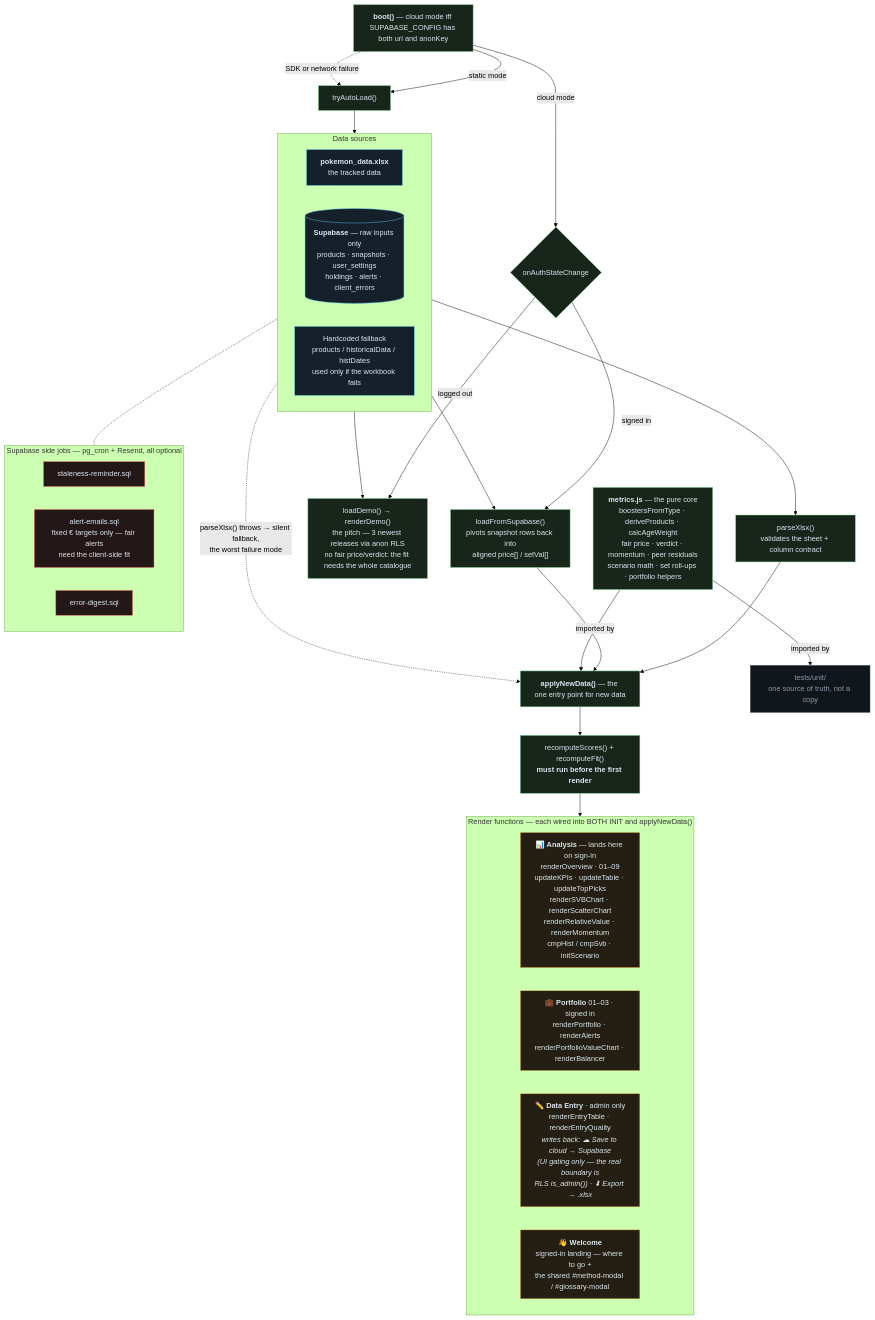
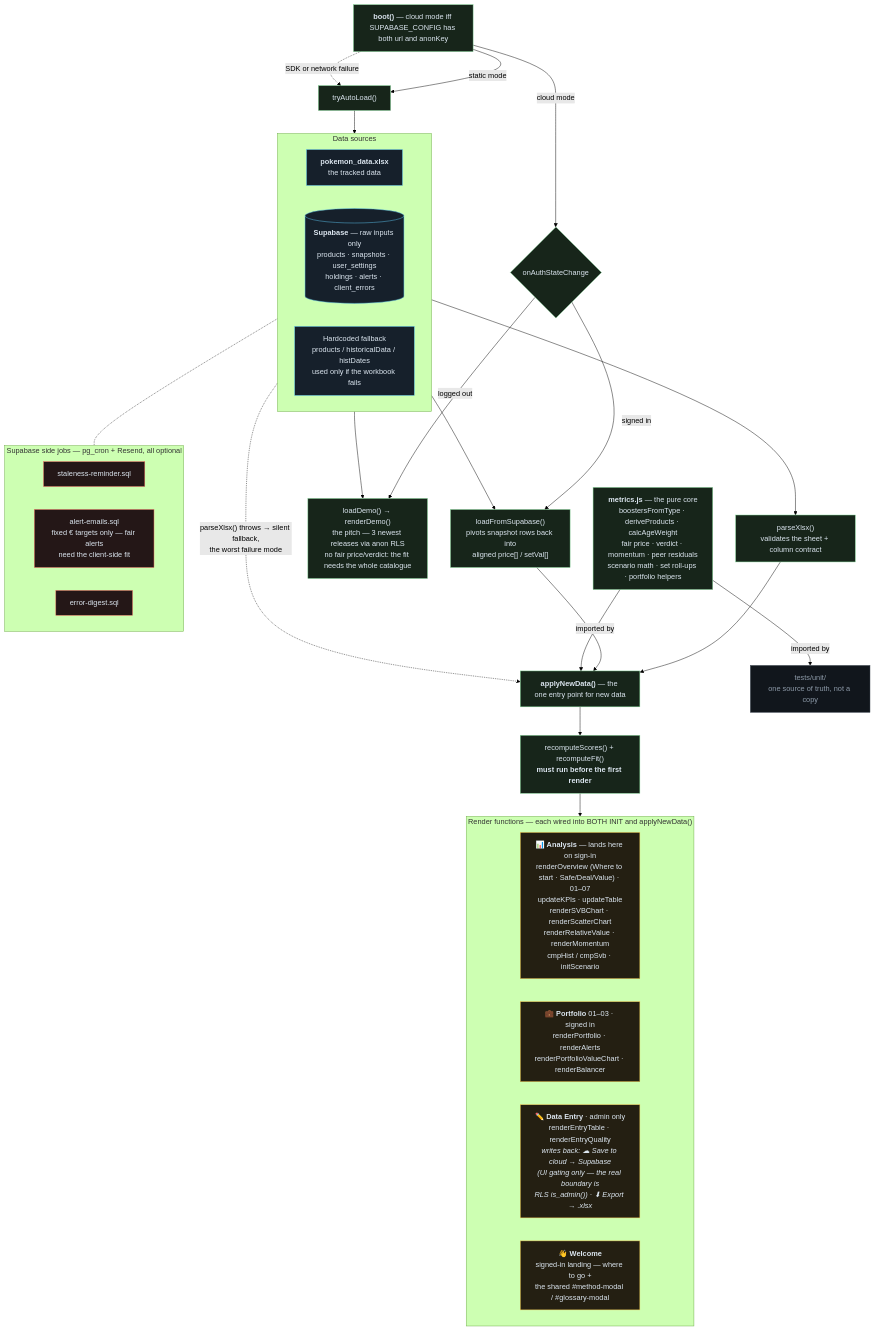
Before and after one commit to tobenhair/poke-analytics: the diagram in docs/architecture.mmd, drawn with Mermaid (forest theme). The commit also changed 5 other files, not shown here.

First line of the commit message:
Retire §01 "Top Picks" — the Where-to-start block is the single answer

```diff
--- a/docs/architecture.mmd
+++ b/docs/architecture.mmd
@@ -1,68 +1,68 @@
 flowchart TB
 %% Sealed TCG Analytics — architecture overview.
 %% This .mmd is the editable truth; docs/architecture.svg is rendered from it:
 %%   npx -y @mermaid-js/mermaid-cli -i docs/architecture.mmd -o docs/architecture.svg -b transparent
 %% Three gotchas if you edit:
 %%   1. the `flowchart` declaration must be the FIRST line — a leading comment
 %%      block fails to parse;
 %%   2. a bare `%%` line renders as a stray node, so always put text after it;
 %%   3. every edge points the way DATA flows. Adding a write-back edge (e.g.
 %%      Data Entry → the database) creates a cycle and dagre resolves it by
 %%      hoisting the render block above the load path, which makes the whole
 %%      diagram read backwards. Write paths are stated as node text instead.
 %% Keep in sync when the load path or module structure changes (see CLAUDE.md).
 
   classDef src fill:#16202b,stroke:#5cc7f2,color:#dce6f0
   classDef core fill:#17251a,stroke:#7fd493,color:#dce6f0
   classDef view fill:#241f12,stroke:#f4c651,color:#dce6f0
   classDef job fill:#241717,stroke:#ef6a60,color:#dce6f0
   classDef note fill:#11161c,stroke:#39434f,color:#8d9aa8
 
   boot["<b>boot()</b> — cloud mode iff SUPABASE_CONFIG has both url and anonKey"]:::core
 
   subgraph sources["Data sources"]
     direction LR
     xlsx["<b>pokemon_data.xlsx</b><br/>the tracked data"]:::src
     db[("<b>Supabase</b> — raw inputs only<br/>products · snapshots · user_settings<br/>holdings · alerts · client_errors")]:::src
     fb["Hardcoded fallback<br/>products / historicalData / histDates<br/>used only if the workbook fails"]:::src
   end
 
   boot -->|"static mode"| auto["tryAutoLoad()"]:::core
   boot -->|"cloud mode"| authst{"onAuthStateChange"}:::core
   boot -.->|"SDK or network failure"| auto
 
   auto --> xlsx
   authst -->|"signed in"| cloud["loadFromSupabase()<br/>pivots snapshot rows back into<br/>aligned price[] / setVal[]"]:::core
   authst -->|"logged out"| demo["loadDemo() → renderDemo()<br/>the pitch — 3 newest releases via anon RLS<br/>no fair price/verdict: the fit needs the whole catalogue"]:::core
 
   xlsx --> parse["parseXlsx()<br/>validates the sheet + column contract"]:::core
   db --> cloud
   db --> demo
   db -.- jobs
 
   parse --> apply
   cloud --> apply
   fb -.->|"parseXlsx() throws → silent fallback,<br/>the worst failure mode"| apply
 
   apply["<b>applyNewData()</b> — the one entry point for new data"]:::core
   apply --> recomp["recomputeScores() + recomputeFit()<br/><b>must run before the first render</b>"]:::core
   recomp --> views
 
   metrics["<b>metrics.js</b> — the pure core<br/>boostersFromType · deriveProducts · calcAgeWeight<br/>fair price · verdict · momentum · peer residuals<br/>scenario math · set roll-ups · portfolio helpers"]:::core
   metrics -->|"imported by"| apply
   metrics -->|"imported by"| tests["tests/unit/<br/>one source of truth, not a copy"]:::note
 
   subgraph views["Render functions — each wired into BOTH INIT and applyNewData()"]
     direction LR
-    vAnalysis["📊 <b>Analysis</b> — lands here on sign-in<br/>renderOverview · 01–09<br/>updateKPIs · updateTable · updateTopPicks<br/>renderSVBChart · renderScatterChart<br/>renderRelativeValue · renderMomentum<br/>cmpHist / cmpSvb · initScenario"]:::view
+    vAnalysis["📊 <b>Analysis</b> — lands here on sign-in<br/>renderOverview (Where to start · Safe/Deal/Value) · 01–07<br/>updateKPIs · updateTable<br/>renderSVBChart · renderScatterChart<br/>renderRelativeValue · renderMomentum<br/>cmpHist / cmpSvb · initScenario"]:::view
     vPortfolio["💼 <b>Portfolio</b> 01–03 · signed in<br/>renderPortfolio · renderAlerts<br/>renderPortfolioValueChart · renderBalancer"]:::view
     vEntry["✏️ <b>Data Entry</b> · admin only<br/>renderEntryTable · renderEntryQuality<br/><i>writes back: ☁ Save to cloud → Supabase<br/>(UI gating only — the real boundary is<br/>RLS is_admin()) · ⬇ Export → .xlsx</i>"]:::view
     vWelcome["👋 <b>Welcome</b><br/>signed-in landing — where to go +<br/>the shared #method-modal / #glossary-modal"]:::view
   end
 
   subgraph jobs["Supabase side jobs — pg_cron + Resend, all optional"]
     direction LR
     jStale["staleness-reminder.sql"]:::job
     jAlert["alert-emails.sql<br/>fixed € targets only — fair alerts<br/>need the client-side fit"]:::job
     jDigest["error-digest.sql"]:::job
   end
```
